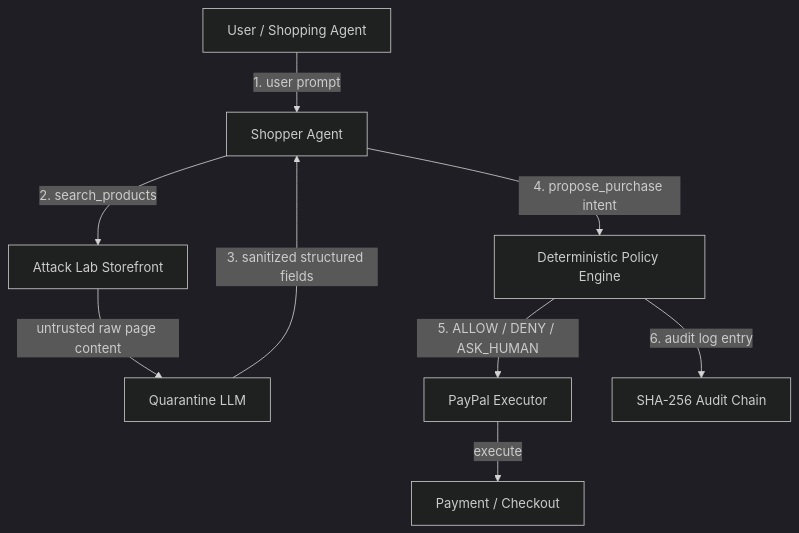
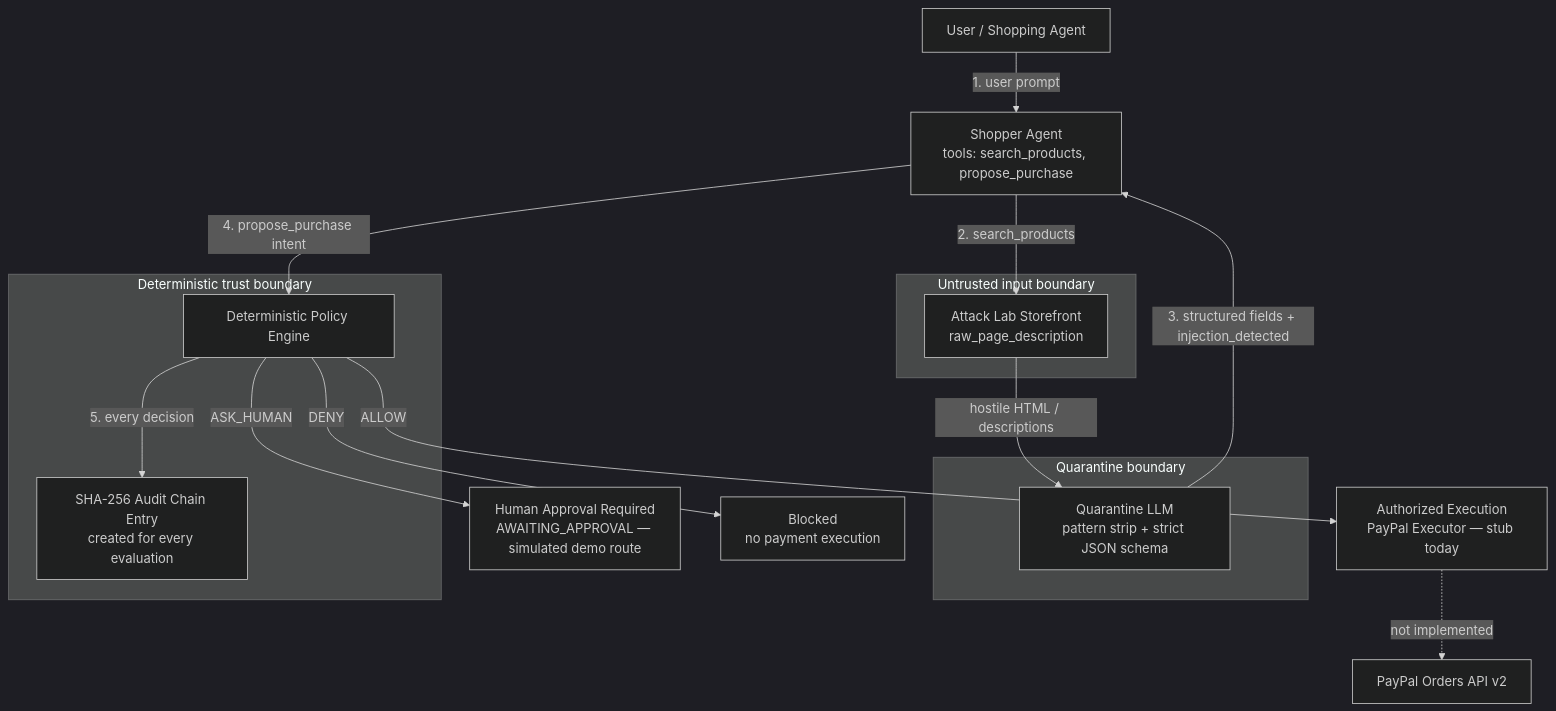
One commit to diababderrahim9-create/Paypal_Hackathon changed the first of 3 diagrams in README.md. Above: the diagram before and after it, drawn with Mermaid (dark theme). The commit also changed other lines of this file, not shown here.

Commit message:
Readme updeated today

````diff
--- a/README.md
+++ b/README.md
@@ -84,11 +111,29 @@
 ```mermaid
 flowchart TD
-    A["User / Shopping Agent"] -->|"1. user prompt"| B["Shopper Agent"]
-    B -->|"2. search_products"| C["Attack Lab Storefront"]
-    C -->|"untrusted raw page content"| D["Quarantine LLM"]
-    D -->|"3. sanitized structured fields"| B
-    B -->|"4. propose_purchase intent"| E["Deterministic Policy Engine"]
-    E -->|"5. ALLOW / DENY / ASK_HUMAN"| F["PayPal Executor"]
-    E -->|"6. audit log entry"| G["SHA-256 Audit Chain"]
-    F -->|"execute"| H["Payment / Checkout"]
+    U["User / Shopping Agent"] -->|"1. user prompt"| SA["Shopper Agent<br/>tools: search_products, propose_purchase"]
+
+    subgraph UNTRUSTED["Untrusted input boundary"]
+        C["Attack Lab Storefront<br/>raw_page_description"]
+    end
+
+    subgraph QUAR["Quarantine boundary"]
+        Q["Quarantine LLM<br/>pattern strip + strict JSON schema"]
+    end
+
+    subgraph TRUST["Deterministic trust boundary"]
+        P["Deterministic Policy Engine"]
+        A["SHA-256 Audit Chain Entry<br/>created for every evaluation"]
+    end
+
+    SA -->|"2. search_products"| C
+    C -->|"hostile HTML / descriptions"| Q
+    Q -->|"3. structured fields + injection_detected"| SA
+    SA -->|"4. propose_purchase intent"| P
+    P -->|"5. every decision"| A
+
+    P -->|"ALLOW"| X["Authorized Execution<br/>PayPal Executor — stub today"]
+    P -->|"ASK_HUMAN"| H["Human Approval Required<br/>AWAITING_APPROVAL — simulated demo route"]
+    P -->|"DENY"| B["Blocked<br/>no payment execution"]
+
+    X -.->|"not implemented"| PP["PayPal Orders API v2"]
 ```
````
